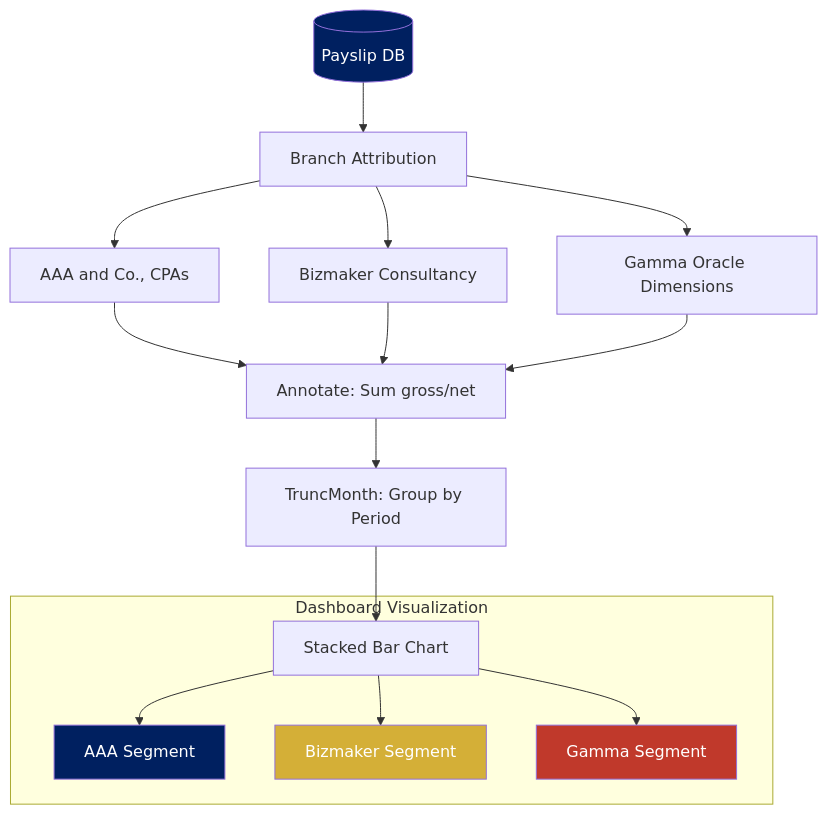
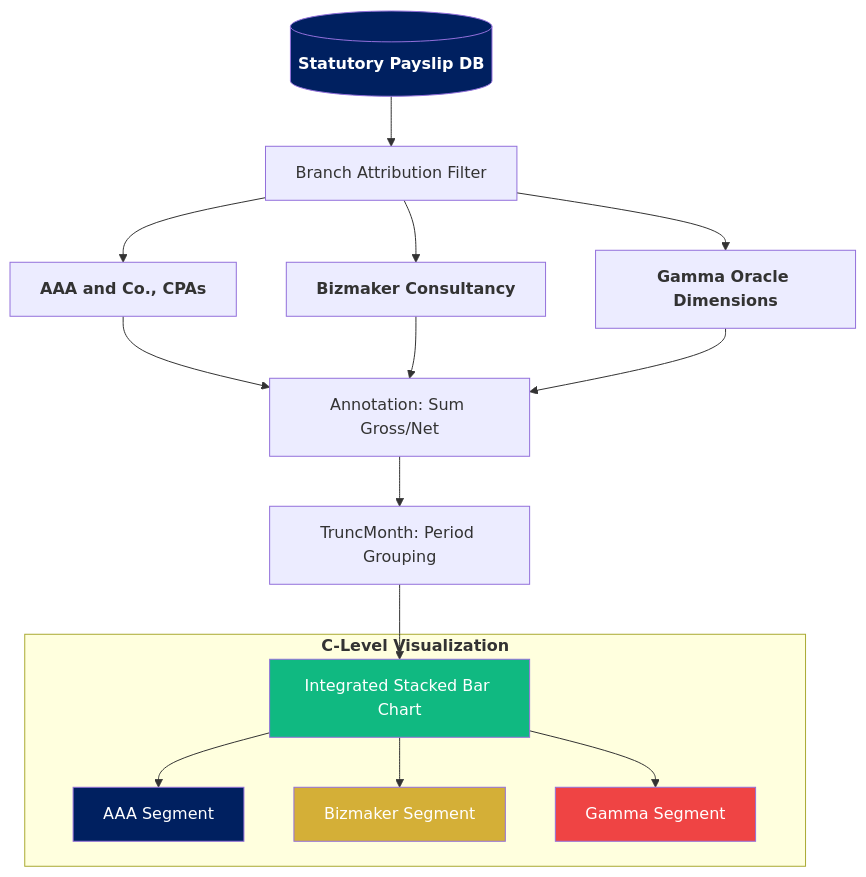
Before and after one commit to binssente-crypto/PAYROLL-DOCUMENTATION: the sixth of 11 diagrams in README.md, drawn with Mermaid. The commit also changed other lines of this file, not shown here.

First line of the commit message:
Revise README for BizMaker Premium Payroll & ERP Suite

````diff
--- a/README.md
+++ b/README.md
@@ -179,25 +212,26 @@
 ```mermaid
 flowchart TD
-    DB[(Payslip DB)] --> ATTR[Branch Attribution]
-    ATTR --> AAA[AAA and Co., CPAs]
-    ATTR --> BIZ[Bizmaker Consultancy]
-    ATTR --> GAM[Gamma Oracle Dimensions]
+    DB[(<b>Statutory Payslip DB</b>)] --> ATTR[Branch Attribution Filter]
+    ATTR --> AAA[<b>AAA and Co., CPAs</b>]
+    ATTR --> BIZ[<b>Bizmaker Consultancy</b>]
+    ATTR --> GAM[<b>Gamma Oracle Dimensions</b>]
     
-    AAA --> SUM[Annotate: Sum gross/net]
+    AAA --> SUM[Annotation: Sum Gross/Net]
     BIZ --> SUM
     GAM --> SUM
     
-    SUM --> TRUNC[TruncMonth: Group by Period]
-    TRUNC --> CHART[Stacked Bar Chart]
+    SUM --> TRUNC[TruncMonth: Period Grouping]
+    TRUNC --> CHART[Integrated Stacked Bar Chart]
     
-    subgraph View["Dashboard Visualization"]
+    subgraph View["<b>C-Level Visualization</b>"]
         CHART --> SEG1[AAA Segment]
         CHART --> SEG2[Bizmaker Segment]
         CHART --> SEG3[Gamma Segment]
     end
 
     style DB fill:#002060,color:#fff
     style SEG1 fill:#002060,color:#fff
     style SEG2 fill:#D4AF37,color:#fff
-    style SEG3 fill:#C0392B,color:#fff
+    style SEG3 fill:#ef4444,color:#fff
+    style CHART fill:#10b981,color:#fff
 ```
````
